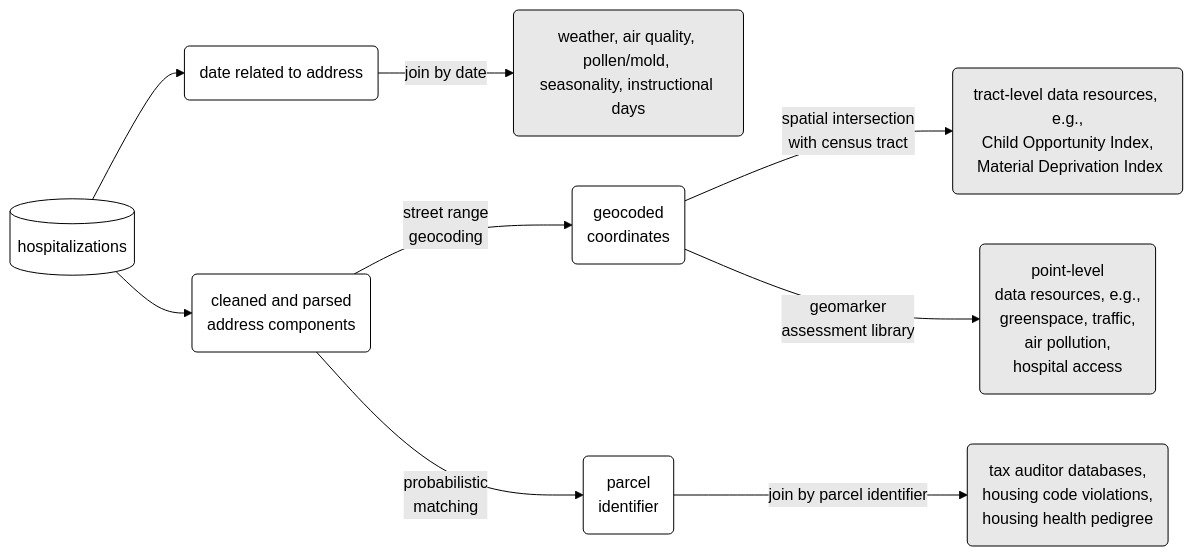
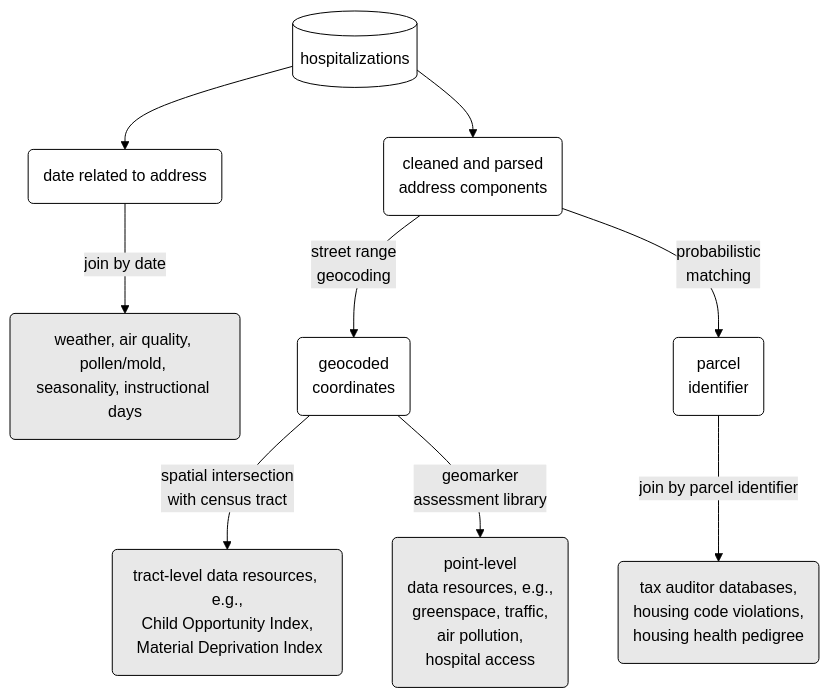
The diagram in README.md (geomarker-io/riseup_geomarker_pipeline), drawn with Mermaid (forest theme) before and after one commit. The commit also changed 20 other files, not shown here.

````diff
--- a/README.md
+++ b/README.md
@@ -5,30 +5,31 @@
 ```mermaid
 %%{init: { "fontFamily": "arial" } }%%
 
-graph LR
+graph TD
 
 classDef id fill:#fff,stroke:#000,stroke-width:1px;
 classDef input fill:#fff,stroke:#000,stroke-width:1px;
 classDef data fill:#e8e8e8,stroke:#000,stroke-width:1px;
 
 hosp[(hospitalizations)]:::input
 hosp --> date(date related to address):::id
 hosp -->  address(cleaned and parsed \naddress components):::input
 
 daily("weather, air quality, pollen/mold, \nseasonality, instructional days"):::data
 
 date --join by date --> daily
 
 address --street range \ngeocoding--> geocode(geocoded \ncoordinates):::id
 address --probabilistic \nmatching--> parcel(parcel \nidentifier):::id
 
 pd(point-level \ndata resources, e.g.,\n greenspace, traffic,\n air pollution, \nhospital access):::data
 
 
 tract_data(tract-level data resources, e.g.,\nChild Opportunity Index,\n Material Deprivation Index):::data
 geocode --spatial intersection \nwith census tract --> tract_data
 geocode -- geomarker \nassessment library --> pd
 
 parcel_data(tax auditor databases,\nhousing code violations,\nhousing health pedigree):::data
 parcel --join by parcel identifier--> parcel_data
+
 ```
````
